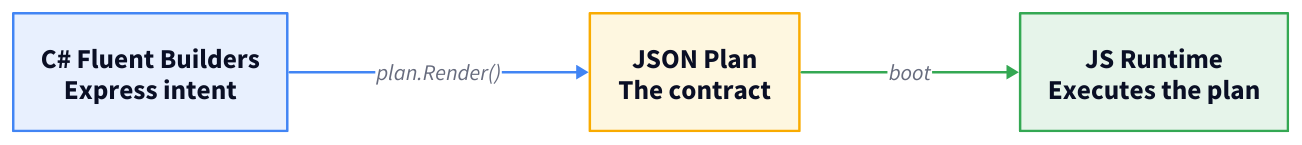
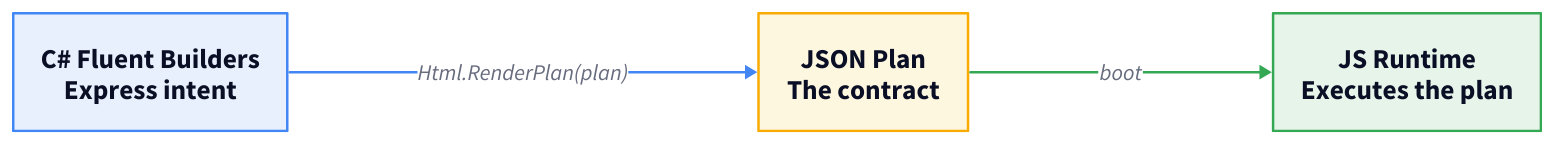
Before and after one commit to marafiq/alis-reactive: the diagram in docs-site/src/content/docs/why.mdx, drawn with D2. The commit also changed other lines of this file and 3 other files, not shown here.

Commit message:
docs: align plan render and test helper wording

````diff
--- a/docs-site/src/content/docs/why.mdx
+++ b/docs-site/src/content/docs/why.mdx
@@ -59,31 +59,31 @@
 ```d2
 direction: right
 
 csharp: "C# Fluent Builders\nExpress intent" {
   shape: rectangle
   style.fill: "#e8f0fe"
   style.stroke: "#4285f4"
   style.font-size: 22
 }
 plan: "JSON Plan\nThe contract" {
   shape: rectangle
   style.fill: "#fef7e0"
   style.stroke: "#f9ab00"
   style.font-size: 22
 }
 runtime: "JS Runtime\nExecutes the plan" {
   shape: rectangle
   style.fill: "#e6f4ea"
   style.stroke: "#34a853"
   style.font-size: 22
 }
 
-csharp -> plan: plan.Render() {
+csharp -> plan: Html.RenderPlan(plan) {
   style.stroke: "#4285f4"
   style.font-size: 18
 }
 plan -> runtime: boot {
   style.stroke: "#34a853"
   style.font-size: 18
 }
 ```
````
